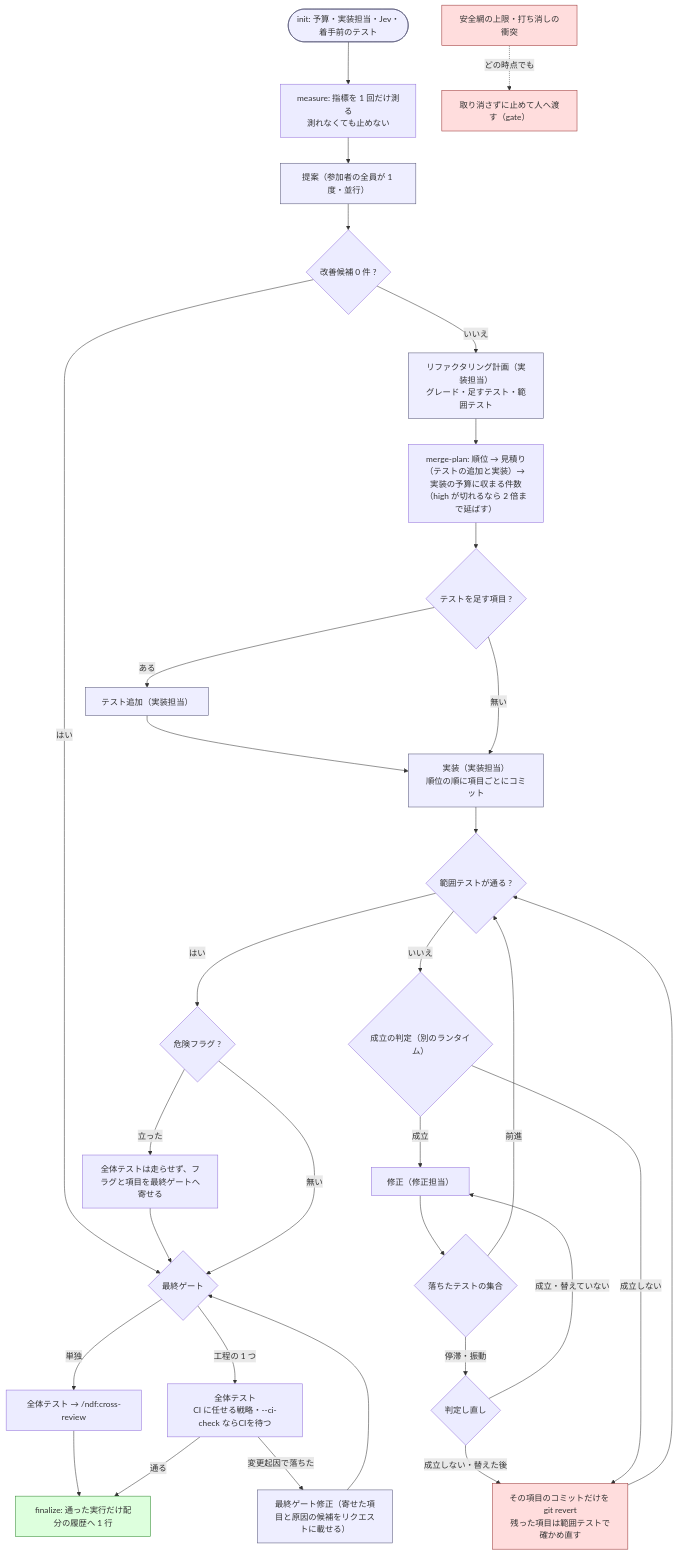
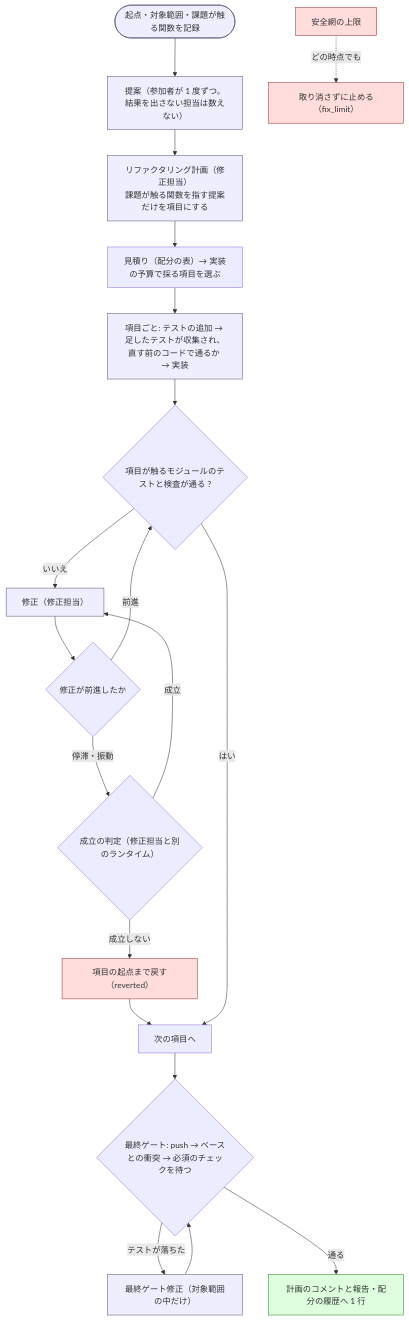
The diagram in plugins/ndf/skills/cross-refactoring/SKILL.md (devbasex/ai-plugins), drawn with Mermaid before and after one commit. The commit also changed other lines of this file and 133 other files, not shown here.

````diff
--- a/plugins/ndf/skills/cross-refactoring/SKILL.md
+++ b/plugins/ndf/skills/cross-refactoring/SKILL.md
@@ -192,34 +123,22 @@
 ```mermaid
 flowchart TD
-    Init([init: 予算・実装担当・Jev・着手前のテスト]):::phase --> M
-    M["measure: 指標を 1 回だけ測る<br/>測れなくても止めない"] --> P
-    P["提案（参加者の全員が 1 度・並行）"]:::phase --> MP{"改善候補 0 件 ?"}
-    MP -->|はい| Gate
-    MP -->|いいえ| Plan["リファクタリング計画（実装担当）<br/>グレード・足すテスト・範囲テスト"]:::phase
-    Plan --> Sel["merge-plan: 順位 → 見積り（テストの追加と実装）→ 実装の予算に収まる件数（high が切れるなら 2 倍まで延ばす）"]
-    Sel --> T{"テストを足す項目 ?"}
-    T -->|ある| AT["テスト追加（実装担当）"]:::phase --> Impl
-    T -->|無い| Impl["実装（実装担当）<br/>順位の順に項目ごとにコミット"]:::phase
-    Impl --> V{"範囲テストが通る ?"}
-    V -->|いいえ| J{"成立の判定（別のランタイム）"}
-    J -->|成立| Fix["修正（修正担当）"] --> Pg{"落ちたテストの集合"}
+    Init([起点・対象範囲・課題が触る関数を記録]):::phase --> P
+    P["提案（参加者が 1 度ずつ。結果を出さない担当は数えない）"]:::phase --> Plan
+    Plan["リファクタリング計画（修正担当）<br/>課題が触る関数を指す提案だけを項目にする"]:::phase --> Sel["見積り（配分の表）→ 実装の予算で採る項目を選ぶ"]
+    Sel --> Item["項目ごと: テストの追加 → 足したテストが収集され、直す前のコードで通るか → 実装"]:::phase
+    Item --> V{"項目が触るモジュールのテストと検査が通る ?"}
+    V -->|いいえ| Fix["修正（修正担当）"]:::phase --> Pg{"修正が前進したか"}
     Pg -->|前進| V
-    Pg -->|停滞・振動| J2{"判定し直し"}
-    J2 -->|成立・替えていない| Fix
-    J2 -->|成立しない・替えた後| Drop["その項目のコミットだけを git revert<br/>残った項目は範囲テストで確かめ直す"]:::stop --> V
-    J -->|成立しない| Drop
-    V -->|はい| D{"危険フラグ ?"}
-    D -->|立った| W["全体テストは走らせず、フラグと項目を最終ゲートへ寄せる"]
-    W --> Gate
-    Net["安全網の上限・打ち消しの衝突"]:::stop -.->|どの時点でも| Halt["取り消さずに止めて人へ渡す（gate）"]:::stop
-    D -->|無い| Gate{"最終ゲート"}
-    Gate -->|単独| CR["全体テスト → /ndf:cross-review"]
-    Gate -->|工程の 1 つ| Whole["全体テスト<br/>CI に任せる戦略・--ci-check ならCIを待つ"]
-    Whole -->|変更起因で落ちた| FF["最終ゲート修正（寄せた項目と原因の候補をリクエストに載せる）"]:::phase --> Gate
-    CR --> Fin["finalize: 通った実行だけ配分の履歴へ 1 行"]:::ok
-    Whole -->|通る| Fin
+    Pg -->|停滞・振動| J{"成立の判定（修正担当と別のランタイム）"}
+    J -->|成立| Fix
+    J -->|成立しない| Drop["項目の起点まで戻す（reverted）"]:::stop --> Next
+    V -->|はい| Next["次の項目へ"]
+    Next --> Gate{"最終ゲート: push → ベースとの衝突 → 必須のチェックを待つ"}
+    Gate -->|テストが落ちた| FF["最終ゲート修正（対象範囲の中だけ）"]:::phase --> Gate
+    Gate -->|通る| Fin["計画のコメントと報告・配分の履歴へ 1 行"]:::ok
+    Net["安全網の上限"]:::stop -.->|どの時点でも| Halt["取り消さずに止める（fix_limit）"]:::stop
 
     classDef phase fill:#eef,stroke:#557
     classDef ok fill:#dfd,stroke:#383
     classDef stop fill:#fdd,stroke:#933
 ```
````
